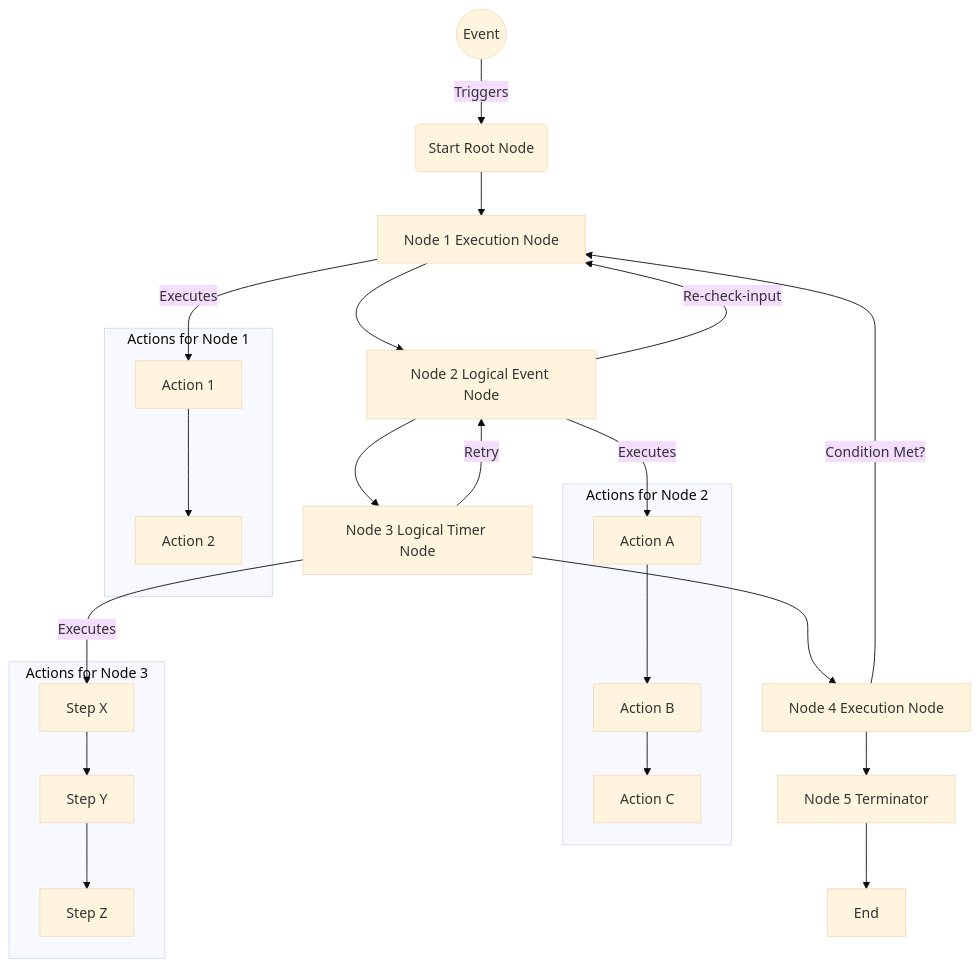
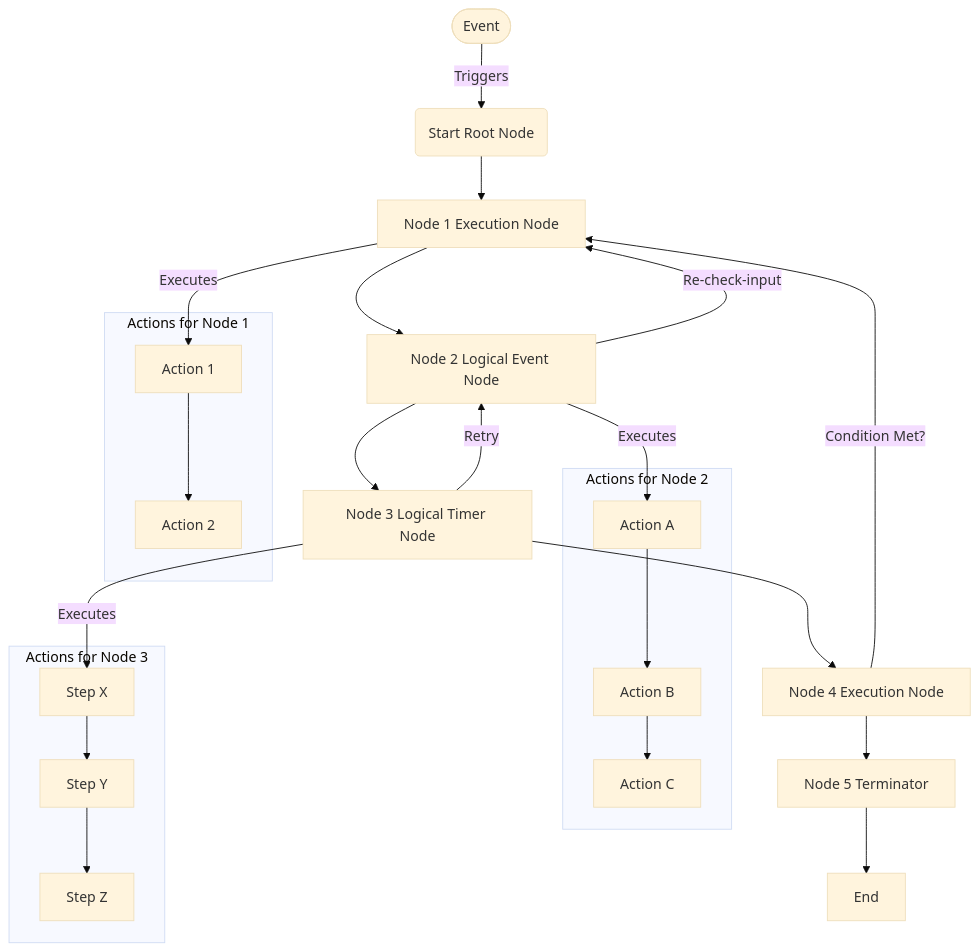
The first of 2 diagrams in docs/schema/schema.md (REAN-Foundation/workflow-service), drawn with Mermaid (base theme) before and after one commit. The commit also changed other lines of this file, not shown here.

````diff
--- a/docs/schema/schema.md
+++ b/docs/schema/schema.md
@@ -10,31 +10,31 @@
 ```mermaid
 graph TD;
-    Event1((Event)) -->|Triggers| A(Start)
+    Event1([Event]) -->|Triggers| A(Start)
     A(Start Root Node) --> B[Node 1 Execution Node]
     B --> C[Node 2 Logical Event Node]
     C --> D[Node 3 Logical Timer Node]
     D --> E[Node 4 Execution Node]
     E --> F[Node 5 Terminator]
     F --> G[End]
 
     %% Local cyclic graph (looping between Nodes)
     C -->|Re-check-input| B
     D -->|Retry| C
     E -->|Condition Met?| B
 
     %% Action Sequences
     subgraph "Actions for Node 1"
         B1[Action 1] --> B2[Action 2]
     end
     B -->|Executes| B1
 
     subgraph "Actions for Node 2"
         C1[Action A] --> C2[Action B] --> C3[Action C]
     end
     C -->|Executes| C1
 
     subgraph "Actions for Node 3"
         D1[Step X] --> D2[Step Y] --> D3[Step Z]
     end
     D -->|Executes| D1    
 ```
````
